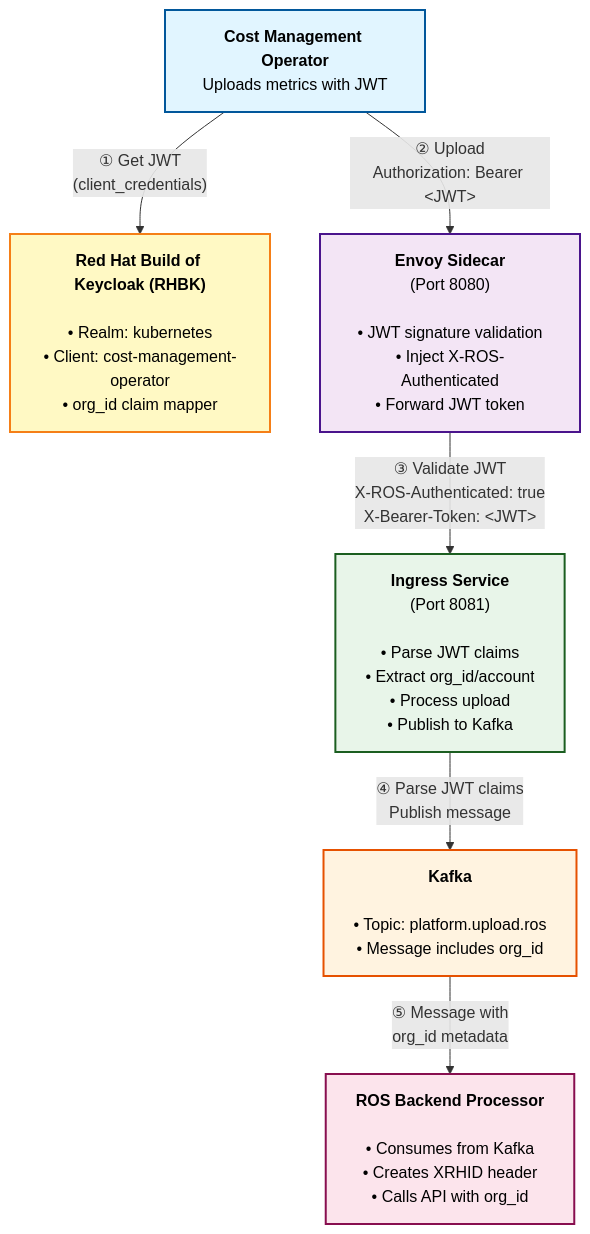
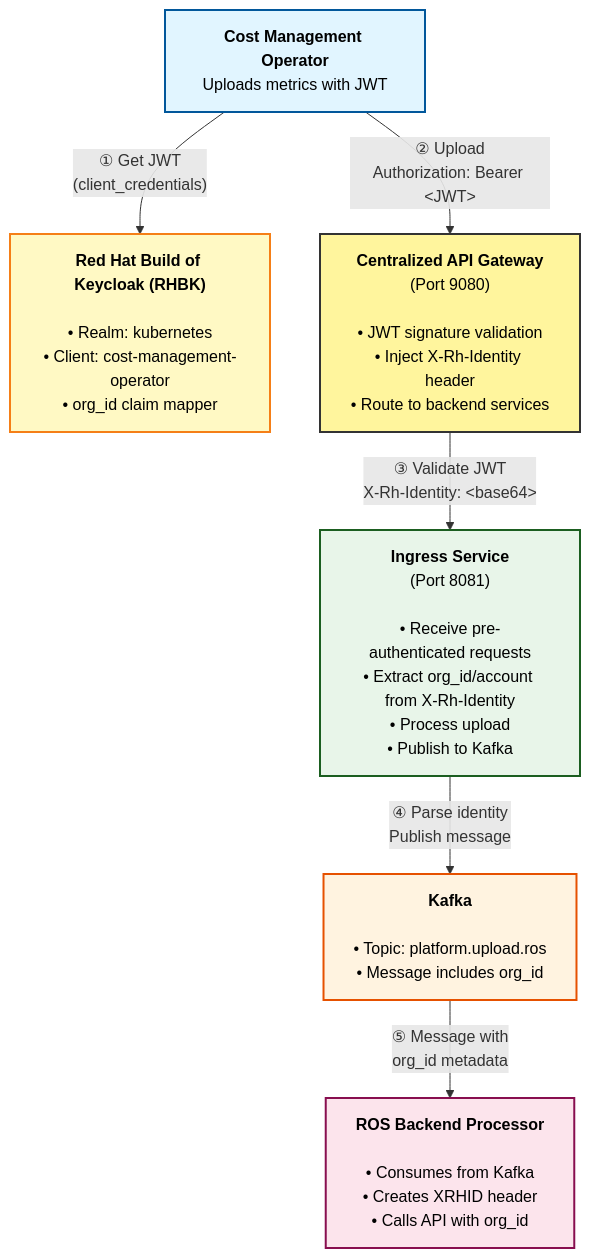
Before and after one commit to jordigilh/ros-helm-chart: the first of 2 diagrams in docs/keycloak-jwt-authentication-setup.md, drawn with Mermaid. The commit also changed other lines of this file and 7 other files, not shown here.

````diff
--- a/docs/keycloak-jwt-authentication-setup.md
+++ b/docs/keycloak-jwt-authentication-setup.md
@@ -11,22 +11,22 @@
 ```mermaid
 graph TB
     Operator["<b>Cost Management Operator</b><br/>Uploads metrics with JWT"]
     Keycloak["<b>Red Hat Build of Keycloak (RHBK)</b><br/><br/>• Realm: kubernetes<br/>• Client: cost-management-operator<br/>• org_id claim mapper"]
-    Envoy["<b>Envoy Sidecar</b><br/>(Port 8080)<br/><br/>• JWT signature validation<br/>• Inject X-ROS-Authenticated<br/>• Forward JWT token"]
-    Ingress["<b>Ingress Service</b><br/>(Port 8081)<br/><br/>• Parse JWT claims<br/>• Extract org_id/account<br/>• Process upload<br/>• Publish to Kafka"]
+    Gateway["<b>Centralized API Gateway</b><br/>(Port 9080)<br/><br/>• JWT signature validation<br/>• Inject X-Rh-Identity header<br/>• Route to backend services"]
+    Ingress["<b>Ingress Service</b><br/>(Port 8081)<br/><br/>• Receive pre-authenticated requests<br/>• Extract org_id/account from X-Rh-Identity<br/>• Process upload<br/>• Publish to Kafka"]
     Kafka["<b>Kafka</b><br/><br/>• Topic: platform.upload.ros<br/>• Message includes org_id"]
     Backend["<b>ROS Backend Processor</b><br/><br/>• Consumes from Kafka<br/>• Creates XRHID header<br/>• Calls API with org_id"]
 
     Operator -->|"① Get JWT<br/>(client_credentials)"| Keycloak
-    Operator -->|"② Upload<br/>Authorization: Bearer &lt;JWT&gt;"| Envoy
-    Envoy -->|"③ Validate JWT<br/>X-ROS-Authenticated: true<br/>X-Bearer-Token: &lt;JWT&gt;"| Ingress
-    Ingress -->|"④ Parse JWT claims<br/>Publish message"| Kafka
+    Operator -->|"② Upload<br/>Authorization: Bearer &lt;JWT&gt;"| Gateway
+    Gateway -->|"③ Validate JWT<br/>X-Rh-Identity: &lt;base64&gt;"| Ingress
+    Ingress -->|"④ Parse identity<br/>Publish message"| Kafka
     Kafka -->|"⑤ Message with<br/>org_id metadata"| Backend
 
     style Operator fill:#e1f5ff,stroke:#01579b,stroke-width:2px,color:#000
     style Keycloak fill:#fff9c4,stroke:#f57f17,stroke-width:2px,color:#000
-    style Envoy fill:#f3e5f5,stroke:#4a148c,stroke-width:2px,color:#000
+    style Gateway fill:#fff59d,stroke:#333,stroke-width:2px,color:#000
     style Ingress fill:#e8f5e9,stroke:#1b5e20,stroke-width:2px,color:#000
     style Kafka fill:#fff3e0,stroke:#e65100,stroke-width:2px,color:#000
     style Backend fill:#fce4ec,stroke:#880e4f,stroke-width:2px,color:#000
 ```
````
